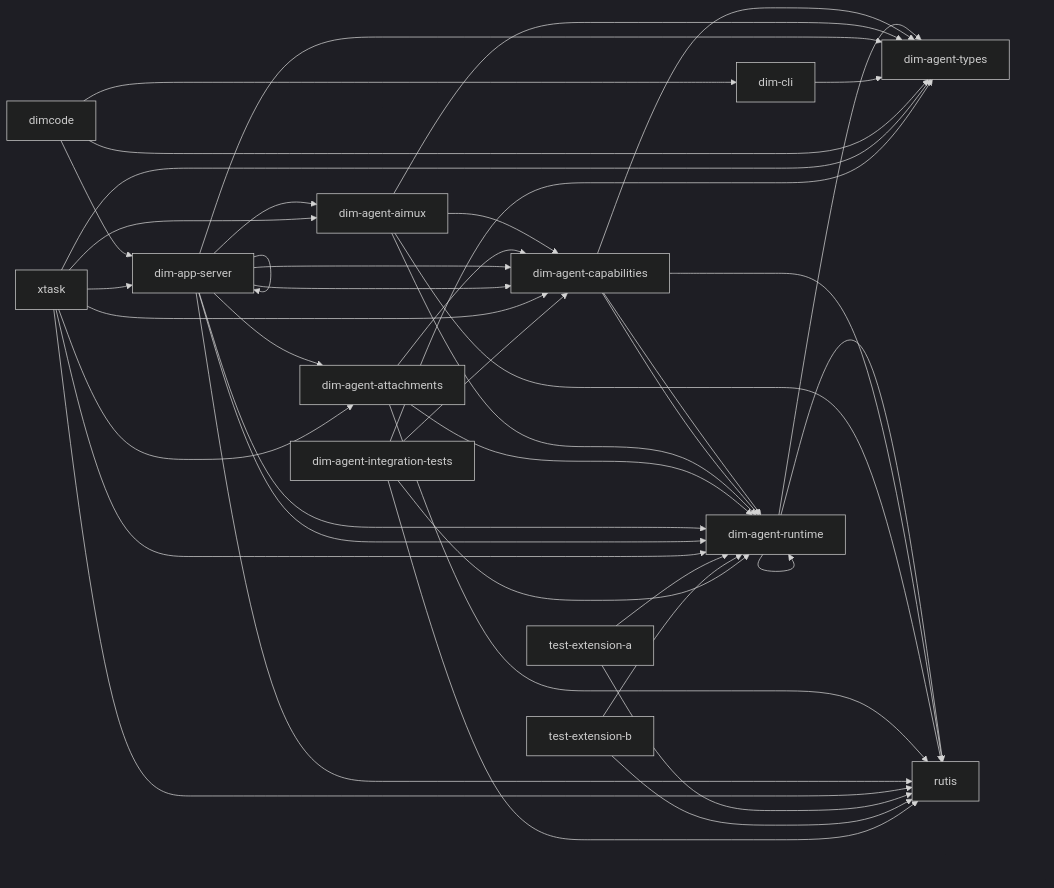
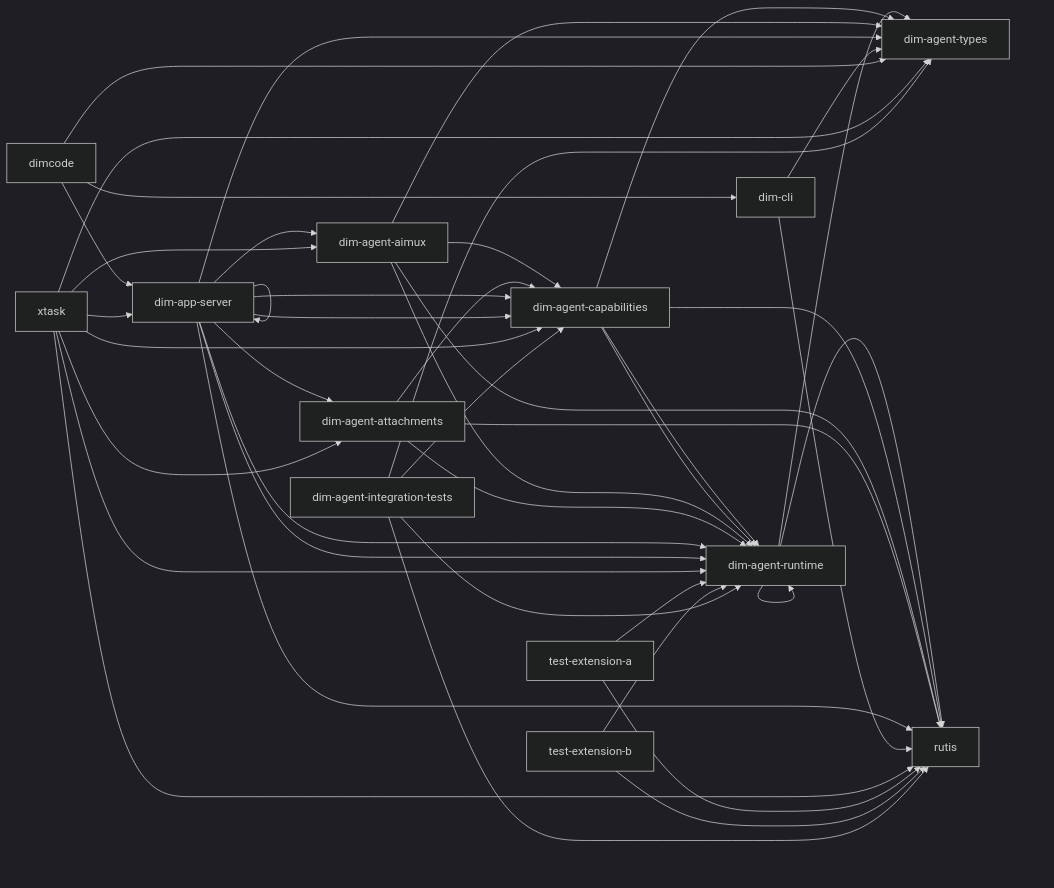
The diagram in docs/architecture/rust-agent/generated/crates.mmd (CoutinhoTTS/dim-agent), drawn with Mermaid (dark theme) before and after one commit. The commit also changed 5 other files, not shown here.

First line of the commit message:
build(cli): add rutis to dim-cli for the client tree

```diff
--- a/docs/architecture/rust-agent/generated/crates.mmd
+++ b/docs/architecture/rust-agent/generated/crates.mmd
@@ -1,44 +1,45 @@
 %% Generated from cargo metadata; do not edit.
 flowchart LR
   dim_agent_runtime["dim-agent-runtime"] --> dim_agent_types["dim-agent-types"]
   dim_agent_runtime["dim-agent-runtime"] --> rutis["rutis"]
   dim_agent_runtime["dim-agent-runtime"] --> dim_agent_runtime["dim-agent-runtime"]
   dim_agent_capabilities["dim-agent-capabilities"] --> dim_agent_runtime["dim-agent-runtime"]
   dim_agent_capabilities["dim-agent-capabilities"] --> dim_agent_types["dim-agent-types"]
   dim_agent_capabilities["dim-agent-capabilities"] --> rutis["rutis"]
   dim_agent_capabilities["dim-agent-capabilities"] --> dim_agent_runtime["dim-agent-runtime"]
   dim_agent_aimux["dim-agent-aimux"] --> dim_agent_capabilities["dim-agent-capabilities"]
   dim_agent_aimux["dim-agent-aimux"] --> dim_agent_runtime["dim-agent-runtime"]
   dim_agent_aimux["dim-agent-aimux"] --> dim_agent_types["dim-agent-types"]
   dim_agent_aimux["dim-agent-aimux"] --> rutis["rutis"]
   dim_agent_attachments["dim-agent-attachments"] --> dim_agent_capabilities["dim-agent-capabilities"]
   dim_agent_attachments["dim-agent-attachments"] --> dim_agent_runtime["dim-agent-runtime"]
   dim_agent_attachments["dim-agent-attachments"] --> rutis["rutis"]
   dim_app_server["dim-app-server"] --> dim_agent_aimux["dim-agent-aimux"]
   dim_app_server["dim-app-server"] --> dim_agent_attachments["dim-agent-attachments"]
   dim_app_server["dim-app-server"] --> dim_agent_capabilities["dim-agent-capabilities"]
   dim_app_server["dim-app-server"] --> dim_agent_runtime["dim-agent-runtime"]
   dim_app_server["dim-app-server"] --> dim_agent_types["dim-agent-types"]
   dim_app_server["dim-app-server"] --> rutis["rutis"]
   dim_app_server["dim-app-server"] --> dim_agent_capabilities["dim-agent-capabilities"]
   dim_app_server["dim-app-server"] --> dim_agent_runtime["dim-agent-runtime"]
   dim_app_server["dim-app-server"] --> dim_app_server["dim-app-server"]
   dim_cli["dim-cli"] --> dim_agent_types["dim-agent-types"]
+  dim_cli["dim-cli"] --> rutis["rutis"]
   dimcode["dimcode"] --> dim_app_server["dim-app-server"]
   dimcode["dimcode"] --> dim_cli["dim-cli"]
   dimcode["dimcode"] --> dim_agent_types["dim-agent-types"]
   xtask["xtask"] --> dim_agent_aimux["dim-agent-aimux"]
   xtask["xtask"] --> dim_agent_attachments["dim-agent-attachments"]
   xtask["xtask"] --> dim_agent_capabilities["dim-agent-capabilities"]
   xtask["xtask"] --> dim_agent_runtime["dim-agent-runtime"]
   xtask["xtask"] --> dim_agent_types["dim-agent-types"]
   xtask["xtask"] --> dim_app_server["dim-app-server"]
   xtask["xtask"] --> rutis["rutis"]
   test_extension_a["test-extension-a"] --> dim_agent_runtime["dim-agent-runtime"]
   test_extension_a["test-extension-a"] --> rutis["rutis"]
   test_extension_b["test-extension-b"] --> dim_agent_runtime["dim-agent-runtime"]
   test_extension_b["test-extension-b"] --> rutis["rutis"]
   dim_agent_integration_tests["dim-agent-integration-tests"] --> dim_agent_capabilities["dim-agent-capabilities"]
   dim_agent_integration_tests["dim-agent-integration-tests"] --> dim_agent_runtime["dim-agent-runtime"]
   dim_agent_integration_tests["dim-agent-integration-tests"] --> dim_agent_types["dim-agent-types"]
   dim_agent_integration_tests["dim-agent-integration-tests"] --> rutis["rutis"]
```
